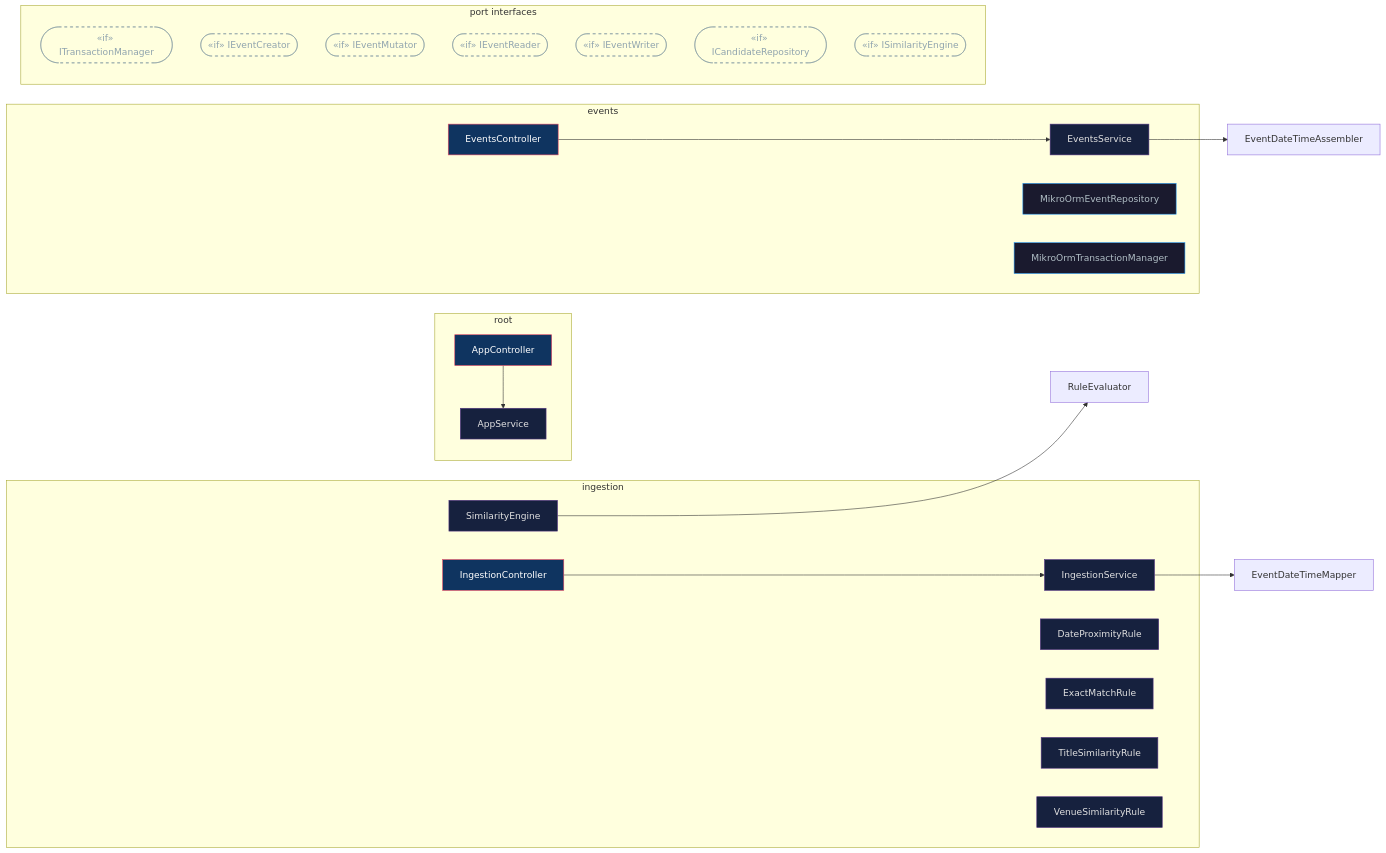
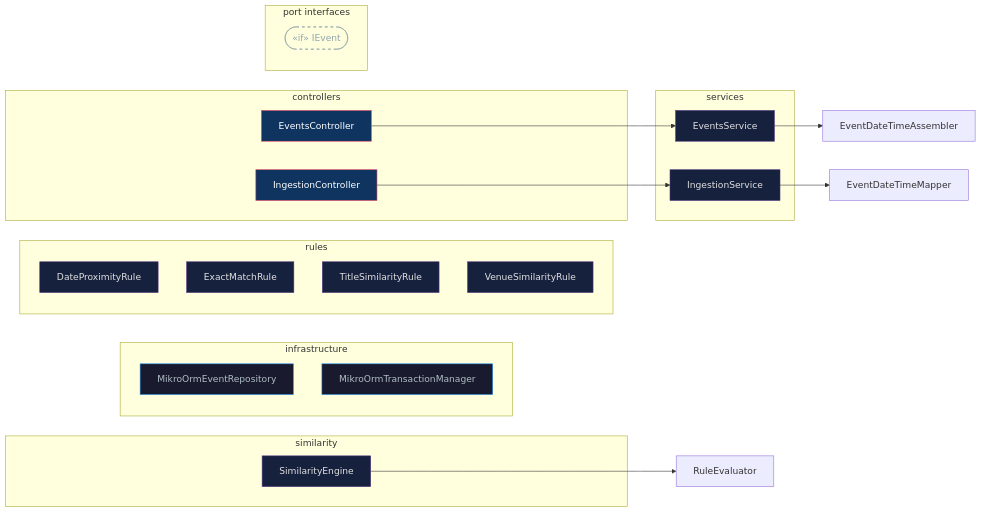
One commit to Phastboy/campuspulse changed the second of 3 diagrams in docs/architecture.md. Above: the diagram before and after it, drawn with Mermaid. The commit also changed other lines of this file and 1 other file, not shown here.

First line of the commit message:
docs: update architecture diagrams and contributing guidelines for flat structure

````diff
--- a/docs/architecture.md
+++ b/docs/architecture.md
@@ -36,69 +36,58 @@
 ```mermaid
 graph LR
   %% Class-level dependency injection
   %% Solid arrow → direct dependency    Dashed arrow -.-> via port token
 
-  subgraph root ["root"]
-    AppController["AppController"]
-    AppService["AppService"]
+  subgraph controllers ["controllers"]
+    EventsController["EventsController"]
+    IngestionController["IngestionController"]
   end
 
-  subgraph events ["events"]
-    EventsController["EventsController"]
-    EventsService["EventsService"]
+  subgraph infrastructure ["infrastructure"]
     MikroOrmEventRepository["MikroOrmEventRepository"]
     MikroOrmTransactionManager["MikroOrmTransactionManager"]
   end
 
-  subgraph ingestion ["ingestion"]
-    IngestionController["IngestionController"]
-    IngestionService["IngestionService"]
+  subgraph rules ["rules"]
     DateProximityRule["DateProximityRule"]
     ExactMatchRule["ExactMatchRule"]
     TitleSimilarityRule["TitleSimilarityRule"]
     VenueSimilarityRule["VenueSimilarityRule"]
+  end
+
+  subgraph services ["services"]
+    EventsService["EventsService"]
+    IngestionService["IngestionService"]
+  end
+
+  subgraph similarity ["similarity"]
     SimilarityEngine["SimilarityEngine"]
   end
 
-  AppController --> AppService
   EventsController --> EventsService
+  IngestionController --> IngestionService
   EventsService --> EventDateTimeAssembler
-  IngestionController --> IngestionService
   IngestionService --> EventDateTimeMapper
   SimilarityEngine --> RuleEvaluator
 
   subgraph ports_sg ["port interfaces"]
-    ITransactionManager(["«if» ITransactionManager"])
-    IEventCreator(["«if» IEventCreator"])
-    IEventMutator(["«if» IEventMutator"])
-    IEventReader(["«if» IEventReader"])
-    IEventWriter(["«if» IEventWriter"])
-    ICandidateRepository(["«if» ICandidateRepository"])
-    ISimilarityEngine(["«if» ISimilarityEngine"])
+    IEvent(["«if» IEvent"])
   end
 
   classDef ctrl  fill:#0f3460,stroke:#e94560,color:#fff
   classDef svc   fill:#16213e,stroke:#533483,color:#e0e0e0
   classDef infra fill:#1a1a2e,stroke:#2196f3,color:#b0bec5
   classDef port  fill:none,stroke:#78909c,color:#90a4ae,stroke-dasharray:5 5
-  class AppController ctrl
-  class AppService svc
   class EventsController ctrl
-  class EventsService svc
+  class IngestionController ctrl
   class MikroOrmEventRepository infra
   class MikroOrmTransactionManager infra
-  class IngestionController ctrl
-  class IngestionService svc
   class DateProximityRule svc
   class ExactMatchRule svc
   class TitleSimilarityRule svc
   class VenueSimilarityRule svc
+  class EventsService svc
+  class IngestionService svc
   class SimilarityEngine svc
-  class ITransactionManager port
-  class IEventCreator port
-  class IEventMutator port
-  class IEventReader port
-  class IEventWriter port
-  class ICandidateRepository port
-  class ISimilarityEngine port
+  class IEvent port
 ```
````
